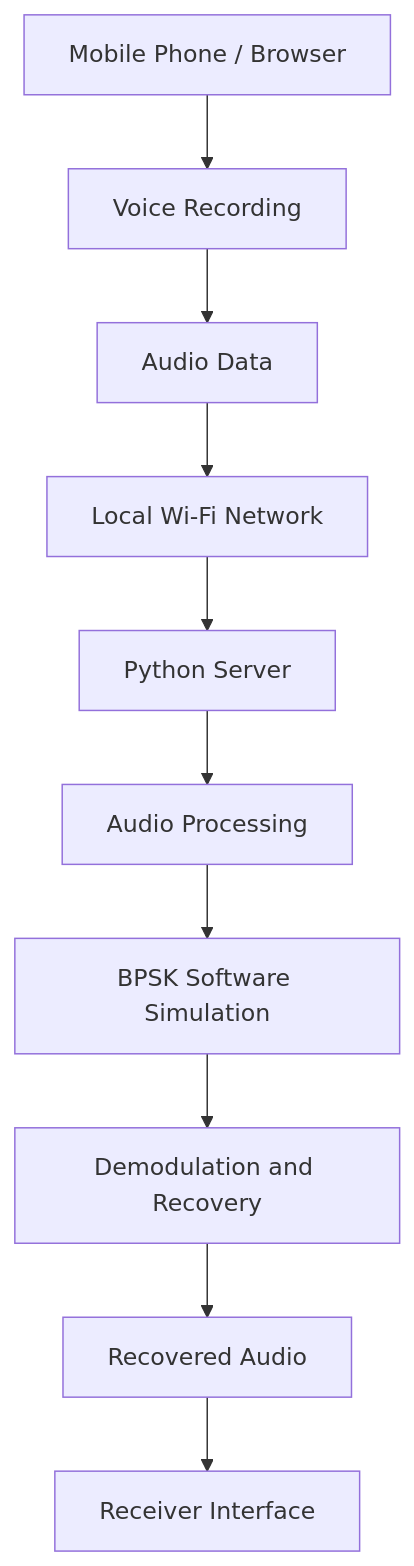
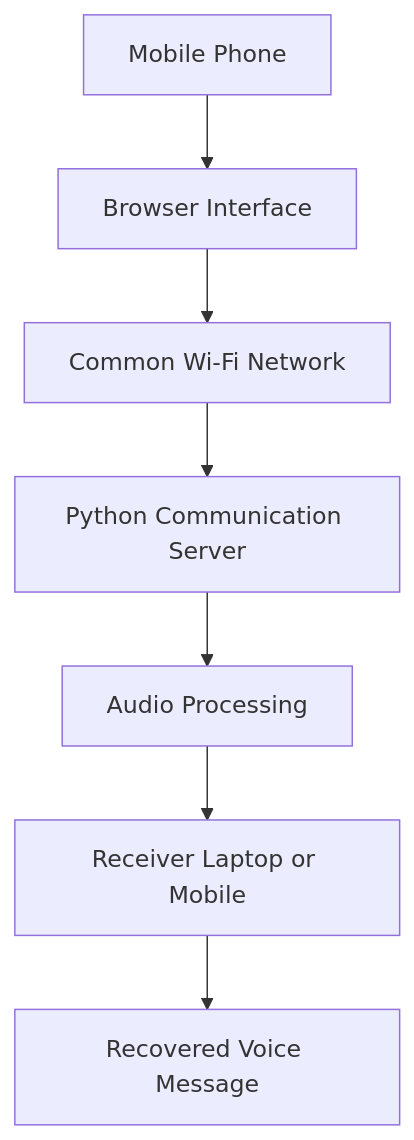
Before and after one commit to austinjosephes/ResQMesh-DisasterManagement: the second of 3 diagrams in README.md, drawn with Mermaid. The commit also changed other lines of this file, not shown here.

````diff
--- a/README.md
+++ b/README.md
@@ -102,12 +158,17 @@
 ```mermaid
 flowchart TD
-    A[Mobile Phone / Browser] --> B[Voice Recording]
-    B --> C[Audio Data]
-    C --> D[Local Wi-Fi Network]
-    D --> E[Python Server]
-    E --> F[Audio Processing]
-    F --> G[BPSK Software Simulation]
-    G --> H[Demodulation and Recovery]
-    H --> I[Recovered Audio]
-    I --> J[Receiver Interface]
+    A[Mobile Phone]
+    B[Browser Interface]
+    C[Common Wi-Fi Network]
+    D[Python Communication Server]
+    E[Audio Processing]
+    F[Receiver Laptop or Mobile]
+    G[Recovered Voice Message]
+
+    A --> B
+    B --> C
+    C --> D
+    D --> E
+    E --> F
+    F --> G
 ```
````
